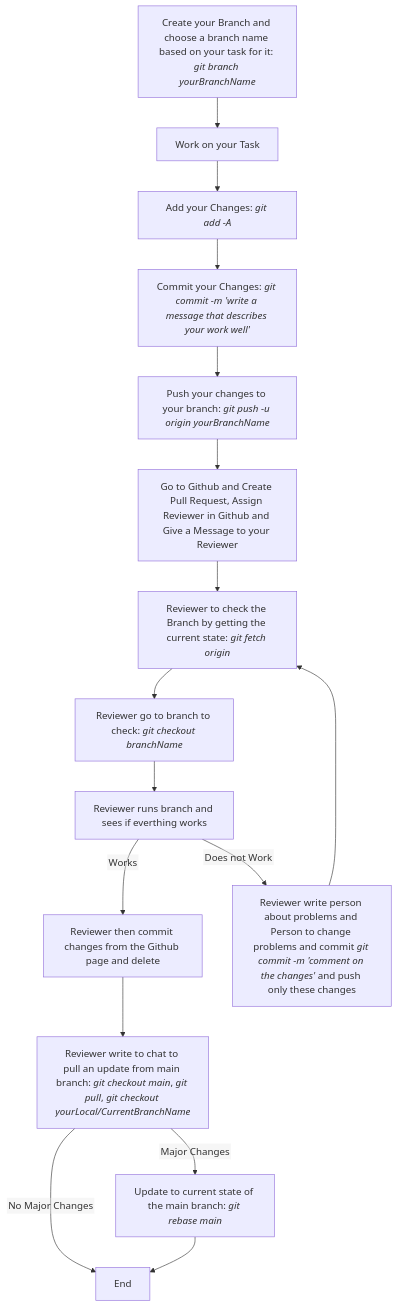
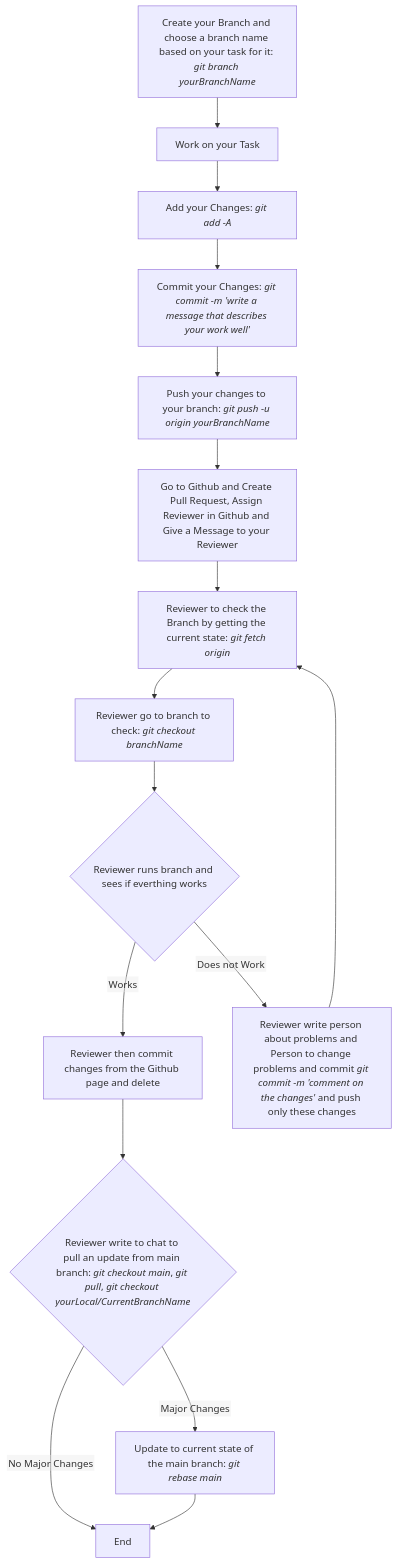
One commit to Piviwo/rail-travel-time changed the diagram in WORKFLOW.md. Above: the diagram before and after it, drawn with Mermaid.

````diff
--- a/WORKFLOW.md
+++ b/WORKFLOW.md
@@ -2,22 +2,22 @@
 ```mermaid
 %%{init: {"flowchart": {"htmlLabels": false}} }%%
 flowchart TB;
     A["`Create your Branch and choose a branch name based on your task for it: _git branch yourBranchName_`"] --> B["`Work on your Task`"];
      B --> C["`Add your Changes: _git add -A_`"];
     C --> D["`Commit your Changes: _git commit -m 'write a message that describes your work well'_`"];
     D --> E["`Push your changes to your branch: _git push -u origin yourBranchName_`"];
     E --> F["`Go to Github and Create Pull Request, Assign Reviewer in Github and Give a Message to your Reviewer`"];
     F --> G["`Reviewer to check the Branch by getting the current state: _git fetch origin_`"];
     G --> H["`Reviewer go to branch to check: _git checkout branchName_`"];
-    H --> I["`Reviewer runs branch and sees if everthing works`"];
+    H --> I{"`Reviewer runs branch and sees if everthing works`"};
     I -->|Works| J["`Reviewer then commit changes from the Github page and delete`"];
     I -->|Does not Work| M["`Reviewer write person about problems and Person to change problems and commit _git commit -m 'comment on the changes'_ and push only these changes`"];
-    J --> K["`Reviewer write to chat to pull an update from main branch: _git checkout main_, _git pull_, _git checkout yourLocal/CurrentBranchName_`"];
+    J --> K{"`Reviewer write to chat to pull an update from main branch: _git checkout main_, _git pull_, _git checkout yourLocal/CurrentBranchName_`"};
     K -- Major Changes --> L["`Update to current state of the main branch: _git rebase main_`"];
     K -- No Major Changes --> N["`End`"];
     L --> N;
     M --> G;
     
    
 
 ```
````
